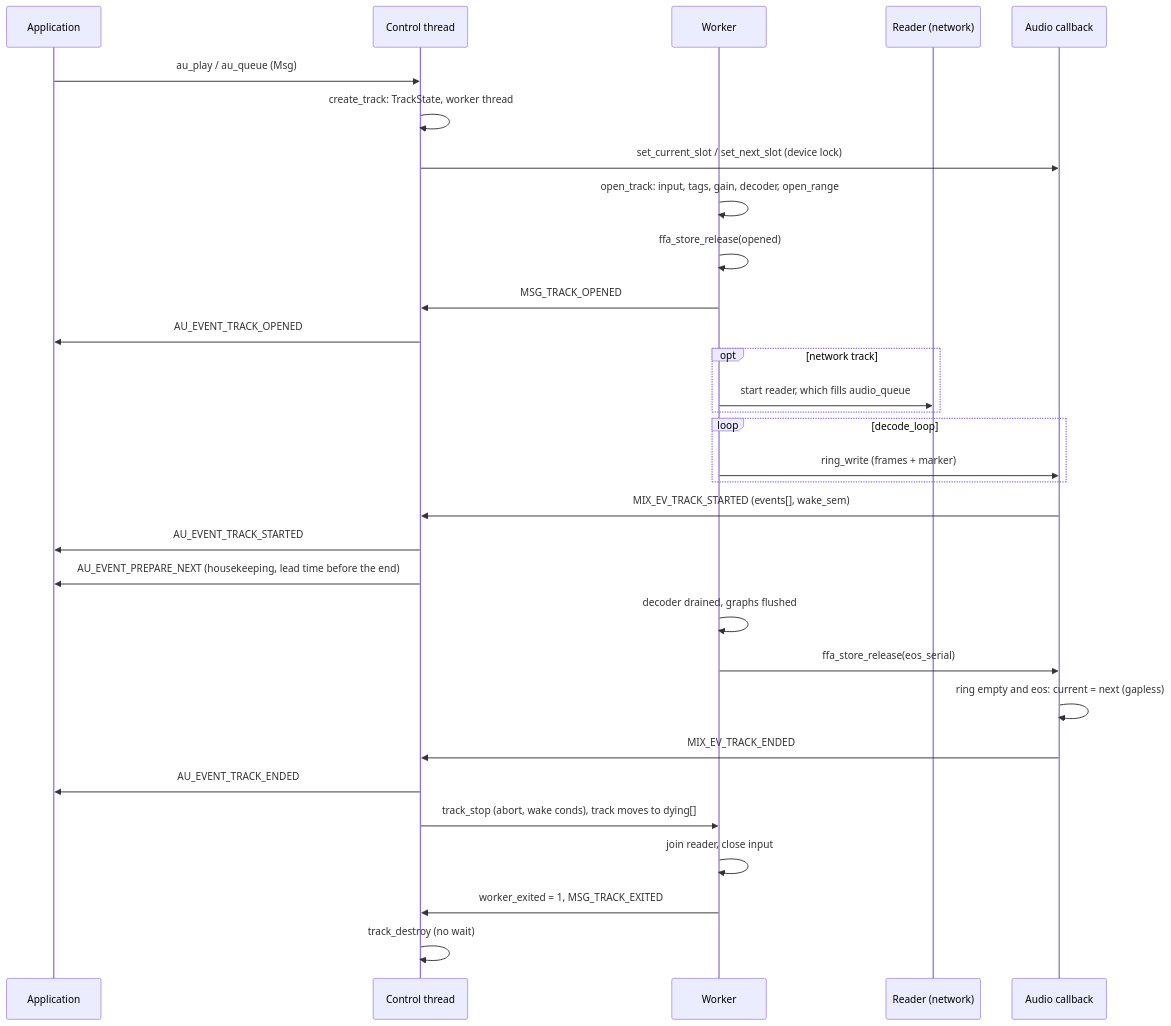
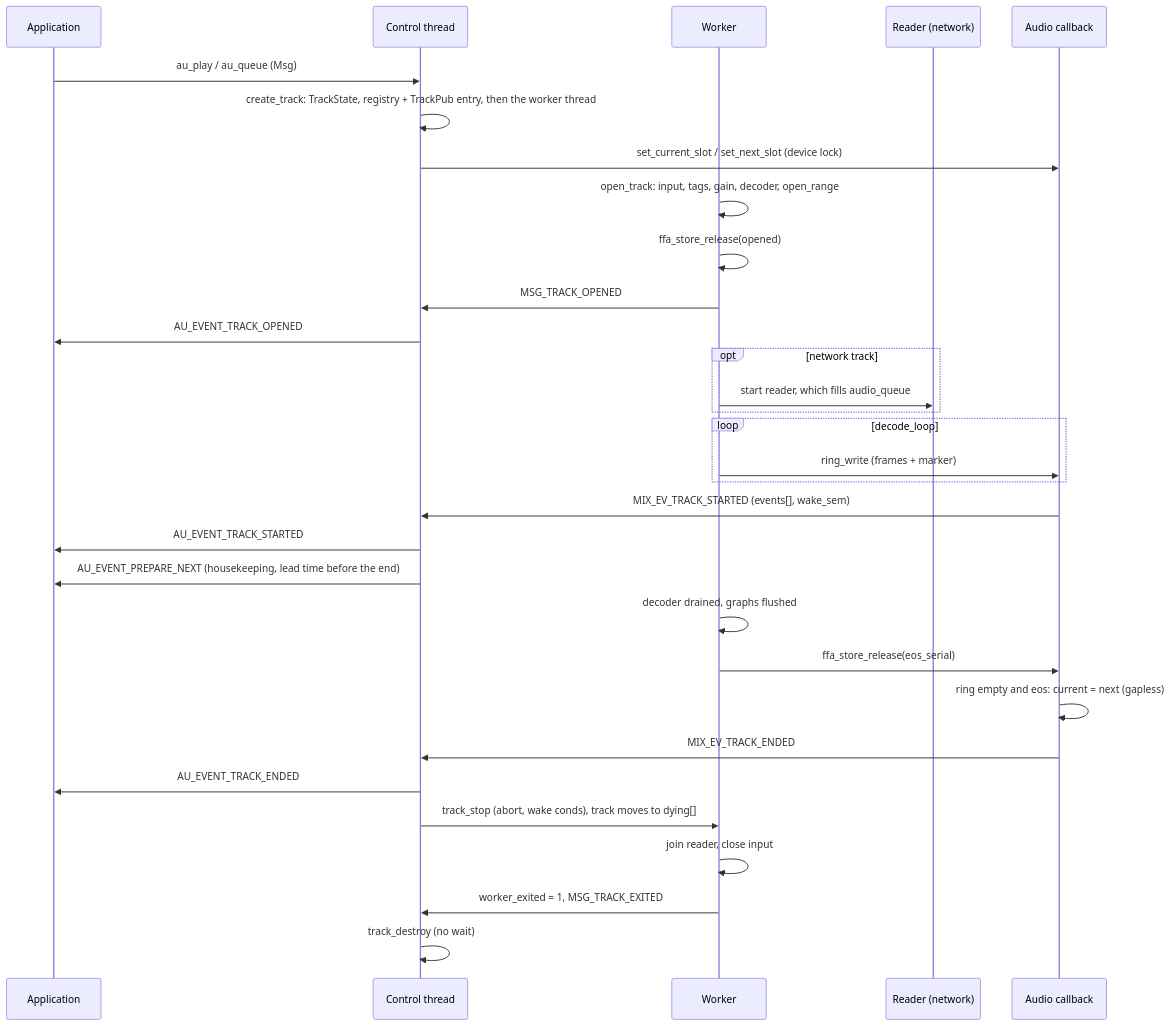
One commit to Odalith/FFaudio changed the third of 3 diagrams in docs/threading.md. Above: the diagram before and after it, drawn with Mermaid. The commit also changed other lines of this file and 3 other files, not shown here.

First line of the commit message:
Register a track before its worker starts

````diff
--- a/docs/threading.md
+++ b/docs/threading.md
@@ -222,33 +222,33 @@
 ```mermaid
 sequenceDiagram
     participant A as Application
     participant C as Control thread
     participant W as Worker
     participant R as Reader (network)
     participant M as Audio callback
     A->>C: au_play / au_queue (Msg)
-    C->>C: create_track: TrackState, worker thread
+    C->>C: create_track: TrackState, registry + TrackPub entry, then the worker thread
     C->>M: set_current_slot / set_next_slot (device lock)
     W->>W: open_track: input, tags, gain, decoder, open_range
     W->>W: ffa_store_release(opened)
     W->>C: MSG_TRACK_OPENED
     C->>A: AU_EVENT_TRACK_OPENED
     opt network track
         W->>R: start reader, which fills audio_queue
     end
     loop decode_loop
         W->>M: ring_write (frames + marker)
     end
     M->>C: MIX_EV_TRACK_STARTED (events[], wake_sem)
     C->>A: AU_EVENT_TRACK_STARTED
     C->>A: AU_EVENT_PREPARE_NEXT (housekeeping, lead time before the end)
     W->>W: decoder drained, graphs flushed
     W->>M: ffa_store_release(eos_serial)
     M->>M: ring empty and eos: current = next (gapless)
     M->>C: MIX_EV_TRACK_ENDED
     C->>A: AU_EVENT_TRACK_ENDED
     C->>W: track_stop (abort, wake conds), track moves to dying[]
     W->>W: join reader, close input
     W->>C: worker_exited = 1, MSG_TRACK_EXITED
     C->>C: track_destroy (no wait)
 ```
````
